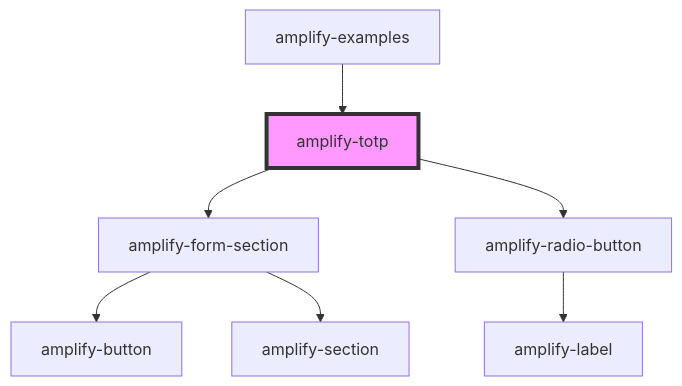
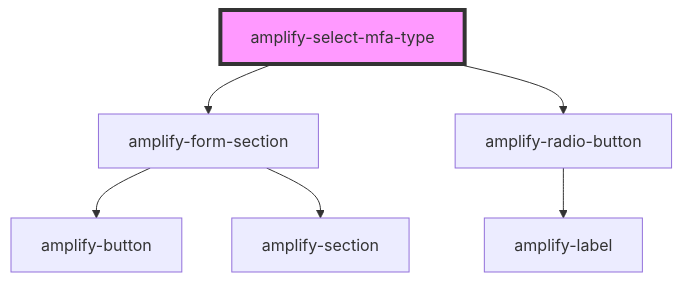
Before and after one commit to aws-amplify/amplify-js: the diagram in packages/amplify-ui-components/src/components/amplify-select-mfa-type/readme.md, drawn with Mermaid. The commit also changed other lines of this file and 8 other files, not shown here.

````diff
--- a/packages/amplify-ui-components/src/components/amplify-select-mfa-type/readme.md
+++ b/packages/amplify-ui-components/src/components/amplify-select-mfa-type/readme.md
@@ -27,10 +23,9 @@
 ```mermaid
 graph TD;
-  amplify-totp --> amplify-form-section
-  amplify-totp --> amplify-radio-button
+  amplify-select-mfa-type --> amplify-form-section
+  amplify-select-mfa-type --> amplify-radio-button
   amplify-form-section --> amplify-button
   amplify-form-section --> amplify-section
   amplify-radio-button --> amplify-label
-  amplify-examples --> amplify-totp
-  style amplify-totp fill:#f9f,stroke:#333,stroke-width:4px
+  style amplify-select-mfa-type fill:#f9f,stroke:#333,stroke-width:4px
 ```
````
